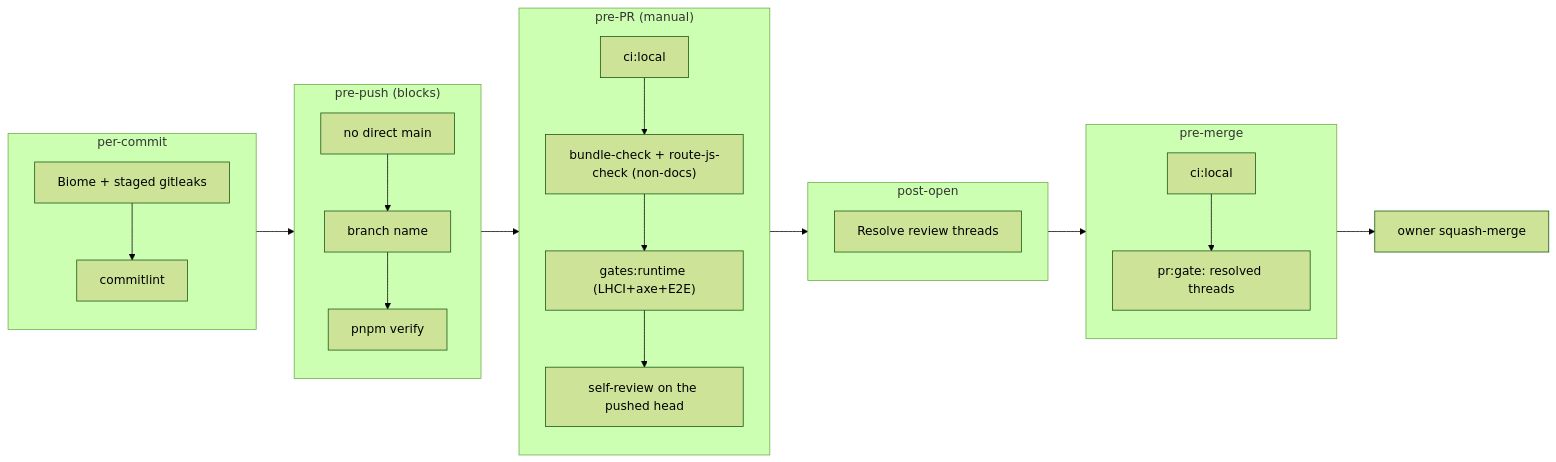
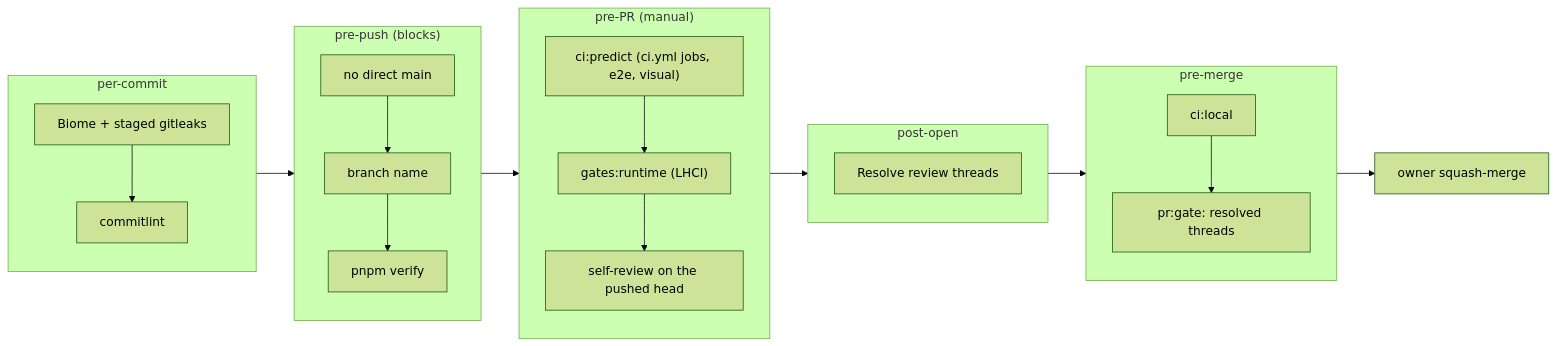
The second of 2 diagrams in docs/handbook/development-lifecycle.md (erikunha/portfolio), drawn with Mermaid (forest theme) before and after one commit. The commit also changed other lines of this file and 14 other files, not shown here.

````diff
--- a/docs/handbook/development-lifecycle.md
+++ b/docs/handbook/development-lifecycle.md
@@ -102,19 +102,19 @@
 ```mermaid
 flowchart LR
     subgraph commit["per-commit"]
         g1["Biome + staged gitleaks"] --> g2["commitlint"]
     end
     subgraph prepush["pre-push (blocks)"]
         g3["no direct main"] --> g4["branch name"] --> g7["pnpm verify"]
     end
     subgraph prepr["pre-PR (manual)"]
-        g8["ci:local"] --> g9["bundle-check + route-js-check (non-docs)"] --> g11["gates:runtime (LHCI+axe+E2E)"] --> g12["self-review on the pushed head"]
+        g8["ci:predict (ci.yml jobs, e2e, visual)"] --> g11["gates:runtime (LHCI)"] --> g12["self-review on the pushed head"]
     end
     subgraph open["post-open"]
         g13["Resolve review threads"]
     end
     subgraph premerge["pre-merge"]
         g15["ci:local"] --> g18["pr:gate: resolved threads"]
     end
     commit --> prepush --> prepr --> open --> premerge --> merge["owner squash-merge"]
 ```
````
